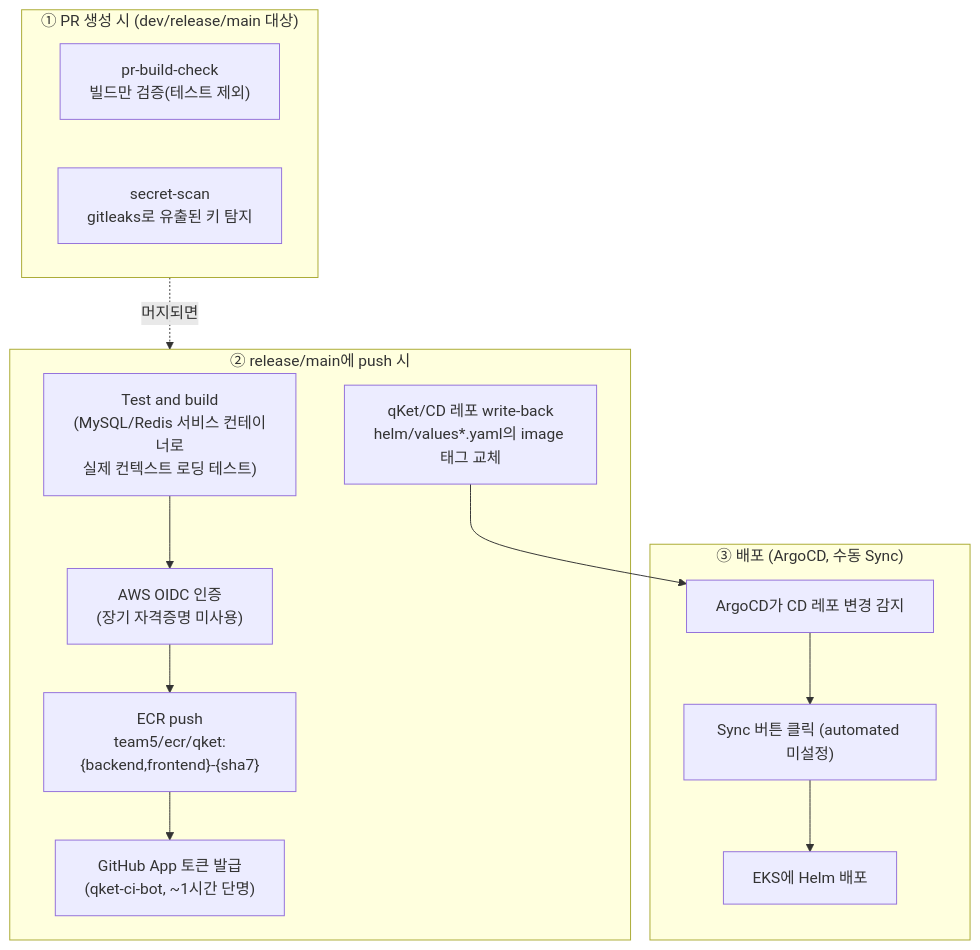
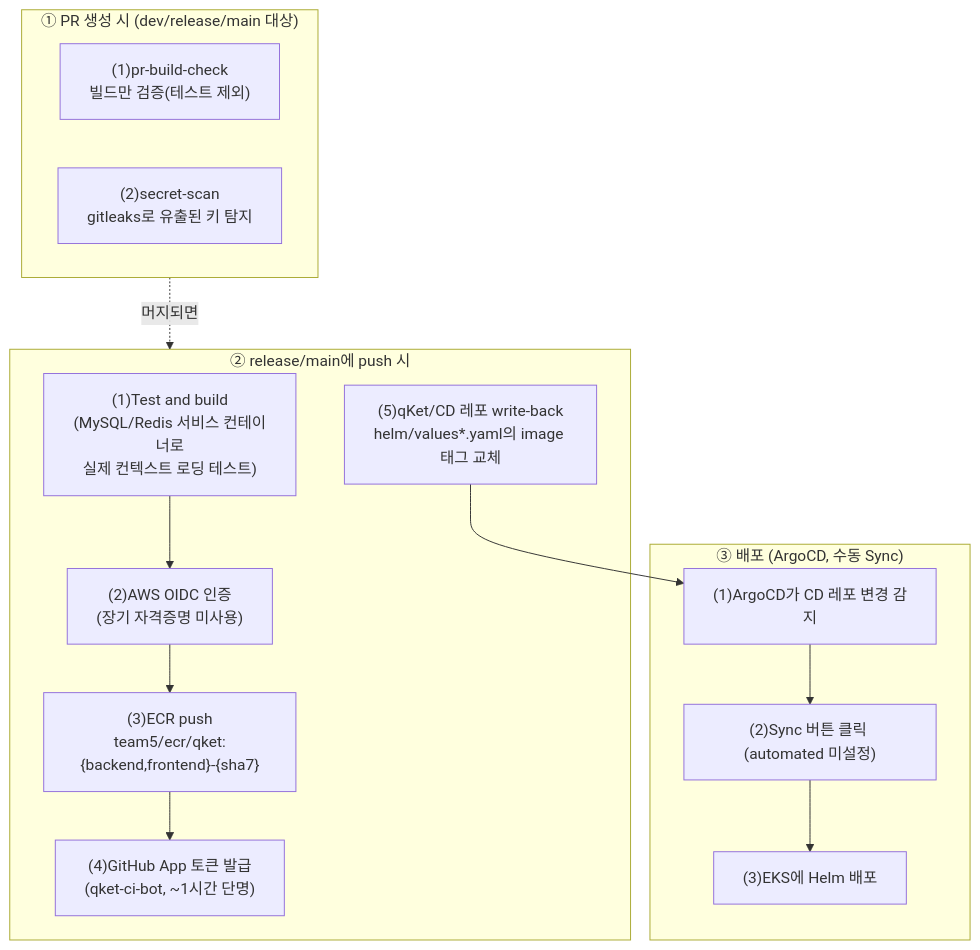
Before and after one commit to qKet/docs: the diagram in CICD_파이프라인.md, drawn with Mermaid.

Commit message:
문서 수정

````diff
--- a/CICD_파이프라인.md
+++ b/CICD_파이프라인.md
@@ -9,26 +9,26 @@
 ```mermaid
 flowchart TD
     subgraph PR["① PR 생성 시 (dev/release/main 대상)"]
-        PR1["pr-build-check<br/>빌드만 검증(테스트 제외)"]
-        PR2["secret-scan<br/>gitleaks로 유출된 키 탐지"]
+        PR1["(1)pr-build-check<br/>빌드만 검증(테스트 제외)"]
+        PR2["(2)secret-scan<br/>gitleaks로 유출된 키 탐지"]
     end
 
     subgraph BUILD["② release/main에 push 시"]
-        B1["Test and build<br/>(MySQL/Redis 서비스 컨테이너로<br/>실제 컨텍스트 로딩 테스트)"]
-        B2["AWS OIDC 인증<br/>(장기 자격증명 미사용)"]
-        B3["ECR push<br/>team5/ecr/qket:{backend,frontend}-{sha7}"]
-        B4["GitHub App 토큰 발급<br/>(qket-ci-bot, ~1시간 단명)"]
-        B5["qKet/CD 레포 write-back<br/>helm/values*.yaml의 image 태그 교체"]
+        B1["(1)Test and build<br/>(MySQL/Redis 서비스 컨테이너로<br/>실제 컨텍스트 로딩 테스트)"]
+        B2["(2)AWS OIDC 인증<br/>(장기 자격증명 미사용)"]
+        B3["(3)ECR push<br/>team5/ecr/qket:{backend,frontend}-{sha7}"]
+        B4["(4)GitHub App 토큰 발급<br/>(qket-ci-bot, ~1시간 단명)"]
+        B5["(5)qKet/CD 레포 write-back<br/>helm/values*.yaml의 image 태그 교체"]
         B1 --> B2 --> B3 --> B4
     end
 
     subgraph CD["③ 배포 (ArgoCD, 수동 Sync)"]
-        C1["ArgoCD가 CD 레포 변경 감지"]
-        C2["Sync 버튼 클릭 (automated 미설정)"]
-        C3["EKS에 Helm 배포"]
+        C1["(1)ArgoCD가 CD 레포 변경 감지"]
+        C2["(2)Sync 버튼 클릭 (automated 미설정)"]
+        C3["(3)EKS에 Helm 배포"]
         C1 --> C2 --> C3
     end
 
     PR -.머지되면.-> BUILD
     B5 --> C1
 ```
````
